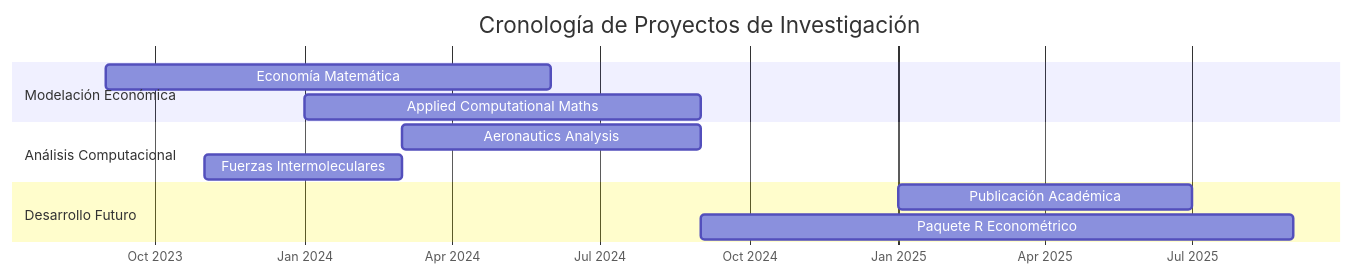
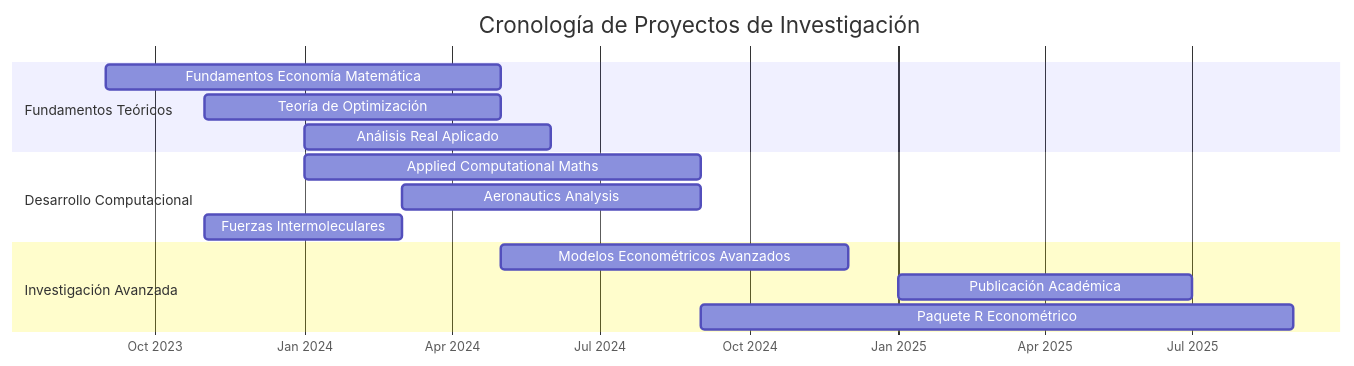
One commit to emanuelquintana-glitch/emanuelquintana-glitch changed the second of 2 diagrams in README.md. Above: the diagram before and after it, drawn with Mermaid. The commit also changed other lines of this file, not shown here.

````diff
--- a/README.md
+++ b/README.md
@@ -66,18 +178,21 @@
 ```mermaid
 gantt
     title Cronología de Proyectos de Investigación
     dateFormat  YYYY-MM
     axisFormat %b %Y
     
-    section Modelación Económica
-    Economía Matemática :2023-09, 9M
+    section Fundamentos Teóricos
+    Fundamentos Economía Matemática :2023-09, 8M
+    Teoría de Optimización :2023-11, 6M
+    Análisis Real Aplicado :2024-01, 5M
+    
+    section Desarrollo Computacional
     Applied Computational Maths :2024-01, 8M
-    
-    section Análisis Computacional
     Aeronautics Analysis :2024-03, 6M
     Fuerzas Intermoleculares :2023-11, 4M
     
-    section Desarrollo Futuro
+    section Investigación Avanzada
+    Modelos Econométricos Avanzados :2024-05, 7M
     Publicación Académica :2025-01, 6M
     Paquete R Econométrico :2024-09, 12M
 ```
````
